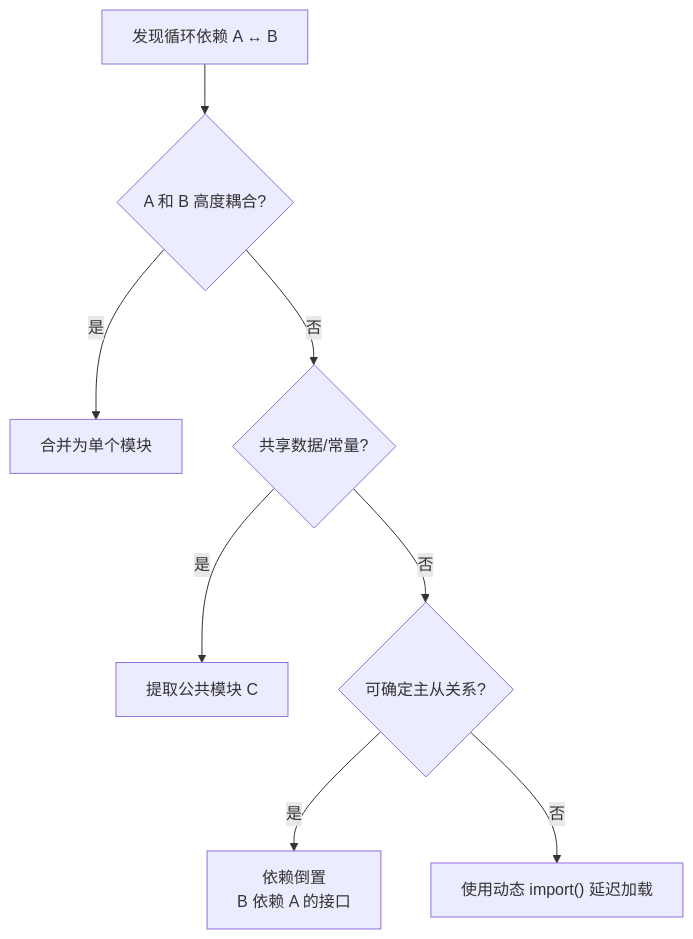
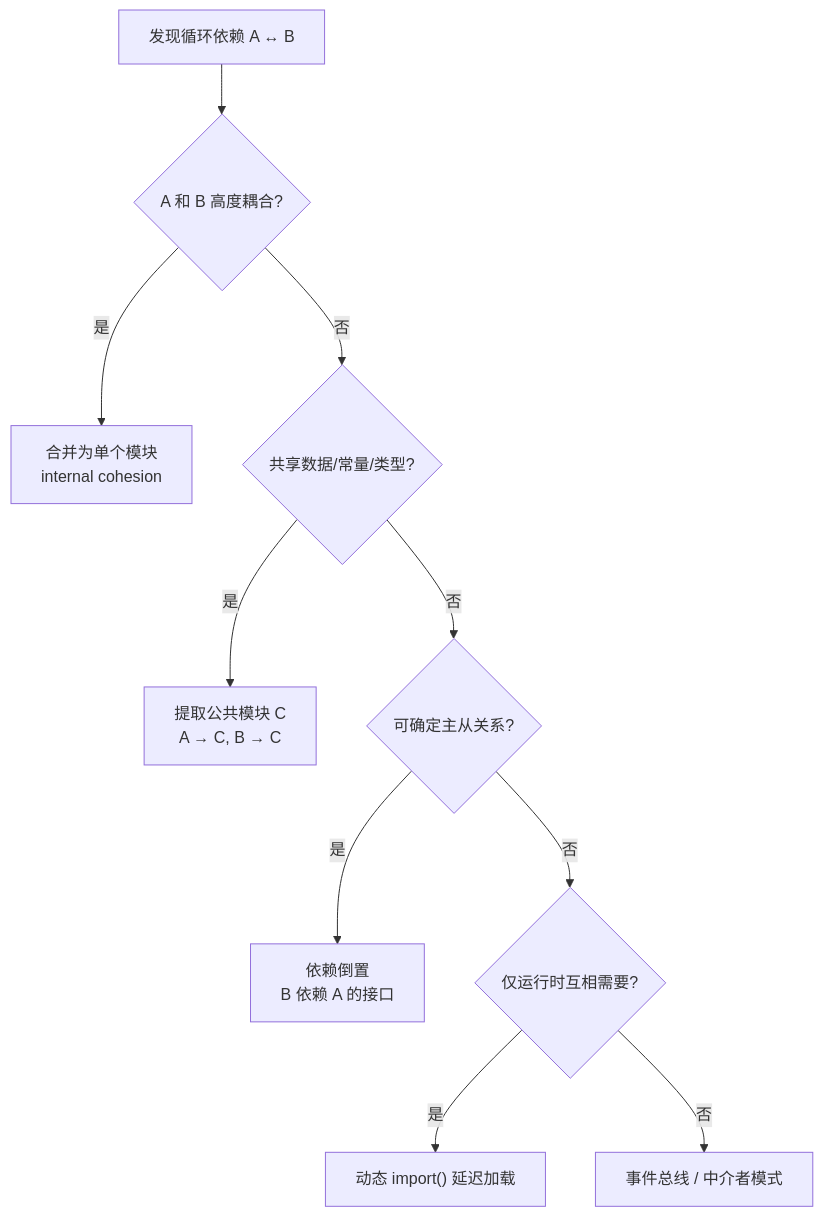
The fifth of 6 diagrams in 10-fundamentals/10.4-module-system/code-examples/06-cyclic-dependencies.md (AdaMartin18010/JavaScriptTypeScript), drawn with Mermaid before and after one commit. The commit also changed other lines of this file and 217 other files, not shown here.

````diff
--- a/10-fundamentals/10.4-module-system/code-examples/06-cyclic-dependencies.md
+++ b/10-fundamentals/10.4-module-system/code-examples/06-cyclic-dependencies.md
@@ -359,12 +1237,15 @@
 ```mermaid
 graph TD
     Start["发现循环依赖 A ↔ B"] --> IsTight{"A 和 B 高度耦合?"}
-    IsTight -->|是| Merge["合并为单个模块"]
-    IsTight -->|否| SharedData{"共享数据/常量?"}
+    IsTight -->|是| Merge["合并为单个模块<br/>internal cohesion"]
+    IsTight -->|否| SharedData{"共享数据/常量/类型?"}
 
-    SharedData -->|是| Extract["提取公共模块 C"]
+    SharedData -->|是| Extract["提取公共模块 C<br/>A → C, B → C"]
     SharedData -->|否| Directional{"可确定主从关系?"}
 
     Directional -->|是| Invert["依赖倒置<br/>B 依赖 A 的接口"]
-    Directional -->|否| Dynamic["使用动态 import() 延迟加载"]
+    Directional -->|否| RuntimeOnly{"仅运行时互相需要?"}
+
+    RuntimeOnly -->|是| Dynamic["动态 import() 延迟加载"]
+    RuntimeOnly -->|否| Event["事件总线 / 中介者模式"]
 ```
````
